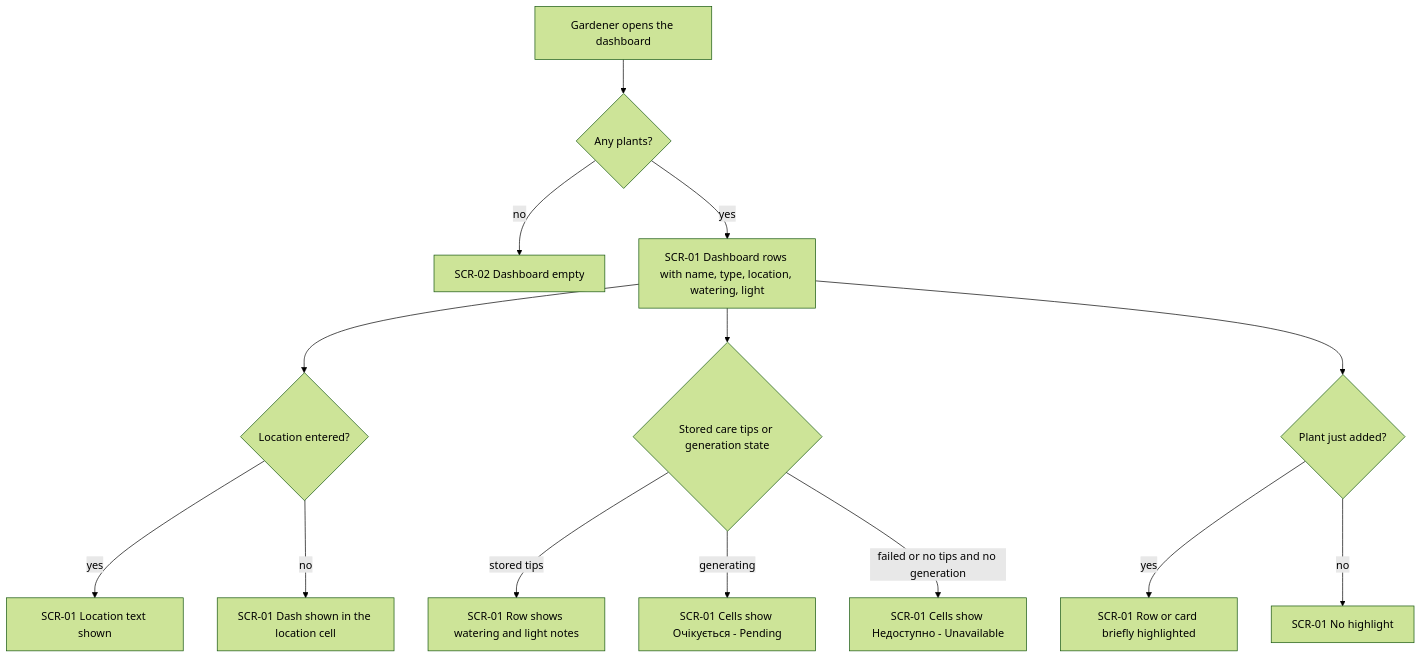
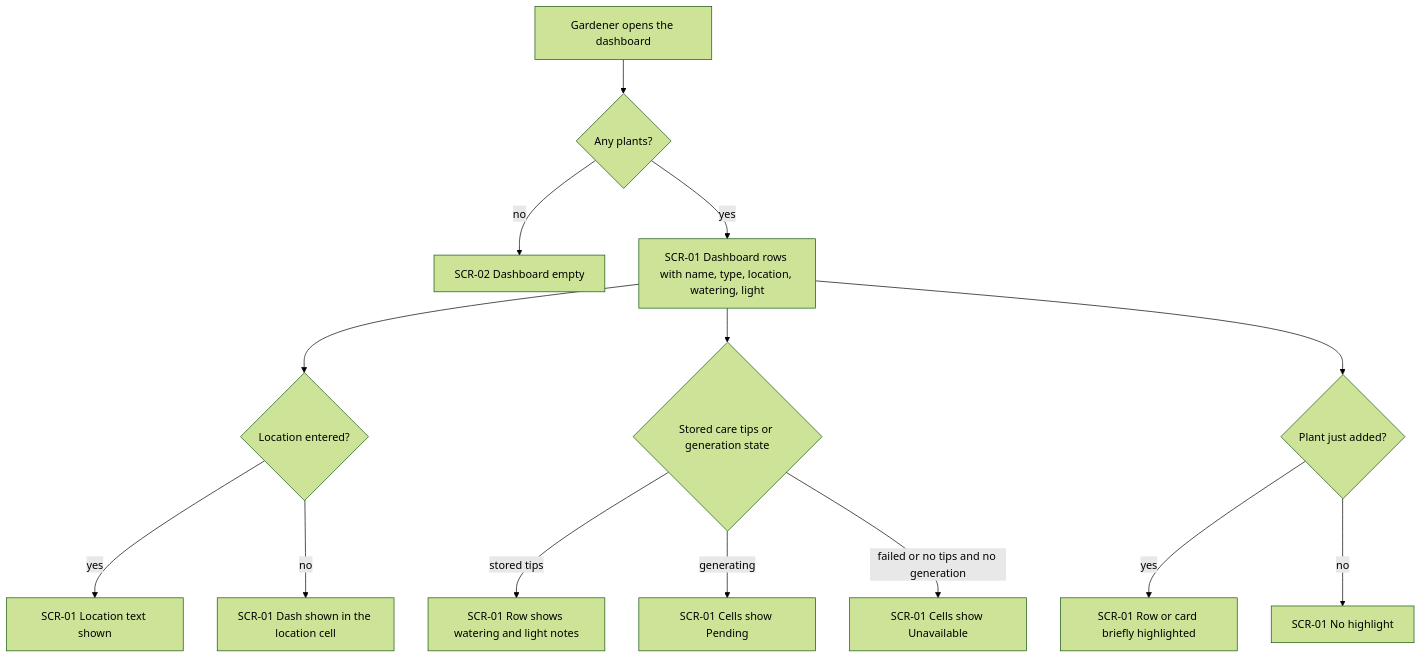
One commit to orkdrnke/Planted-AI changed the first of 6 diagrams in docs/features/ux-improve/ux-flows.md. Above: the diagram before and after it, drawn with Mermaid (forest theme). The commit also changed other lines of this file and 19 other files, not shown here.

````diff
--- a/docs/features/ux-improve/ux-flows.md
+++ b/docs/features/ux-improve/ux-flows.md
@@ -35,16 +35,16 @@
 ```mermaid
 flowchart TD
     A[Gardener opens the dashboard] --> B{Any plants?}
     B -->|no| C[SCR-02 Dashboard empty]
     B -->|yes| D[SCR-01 Dashboard rows with name, type, location, watering, light]
     D --> L{Location entered?}
     L -->|yes| L1[SCR-01 Location text shown]
     L -->|no| L2[SCR-01 Dash shown in the location cell]
     D --> E{Stored care tips or generation state}
     E -->|stored tips| F[SCR-01 Row shows watering and light notes]
-    E -->|generating| G[SCR-01 Cells show Очікується - Pending]
-    E -->|failed or no tips and no generation| H[SCR-01 Cells show Недоступно - Unavailable]
+    E -->|generating| G[SCR-01 Cells show Pending]
+    E -->|failed or no tips and no generation| H[SCR-01 Cells show Unavailable]
     D --> N{Plant just added?}
     N -->|yes| N1[SCR-01 Row or card briefly highlighted]
     N -->|no| N2[SCR-01 No highlight]
 ```
````
